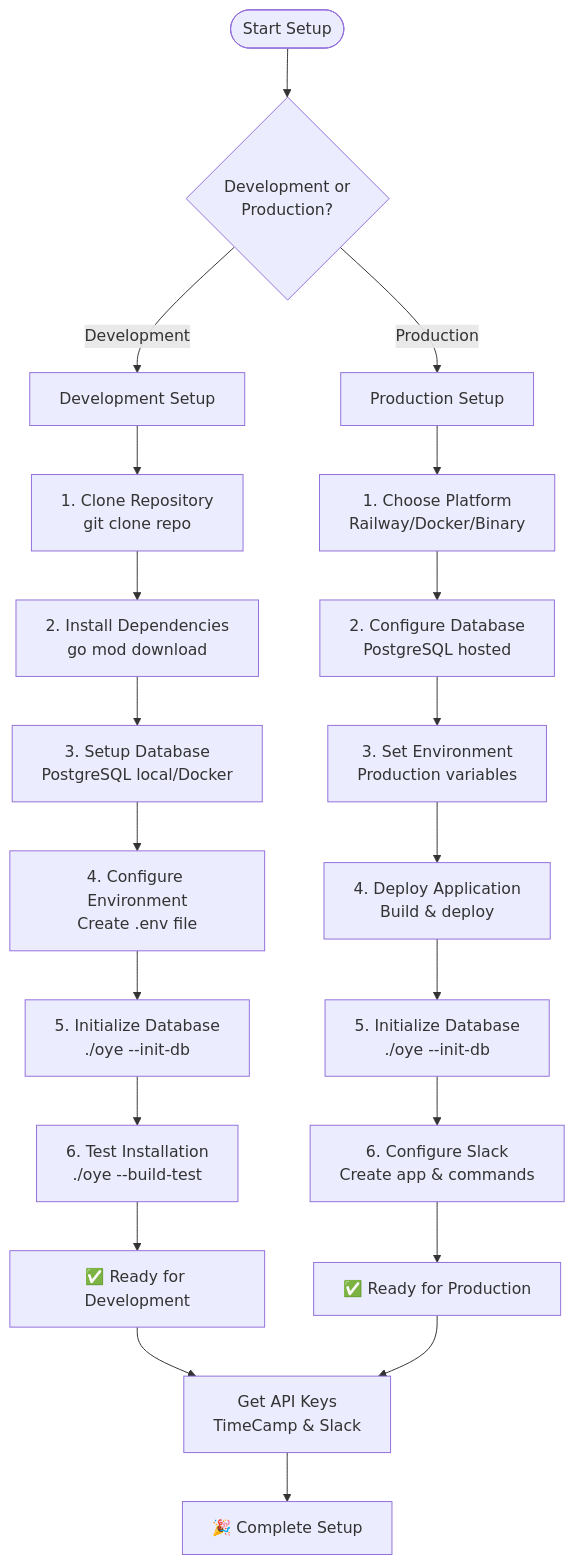
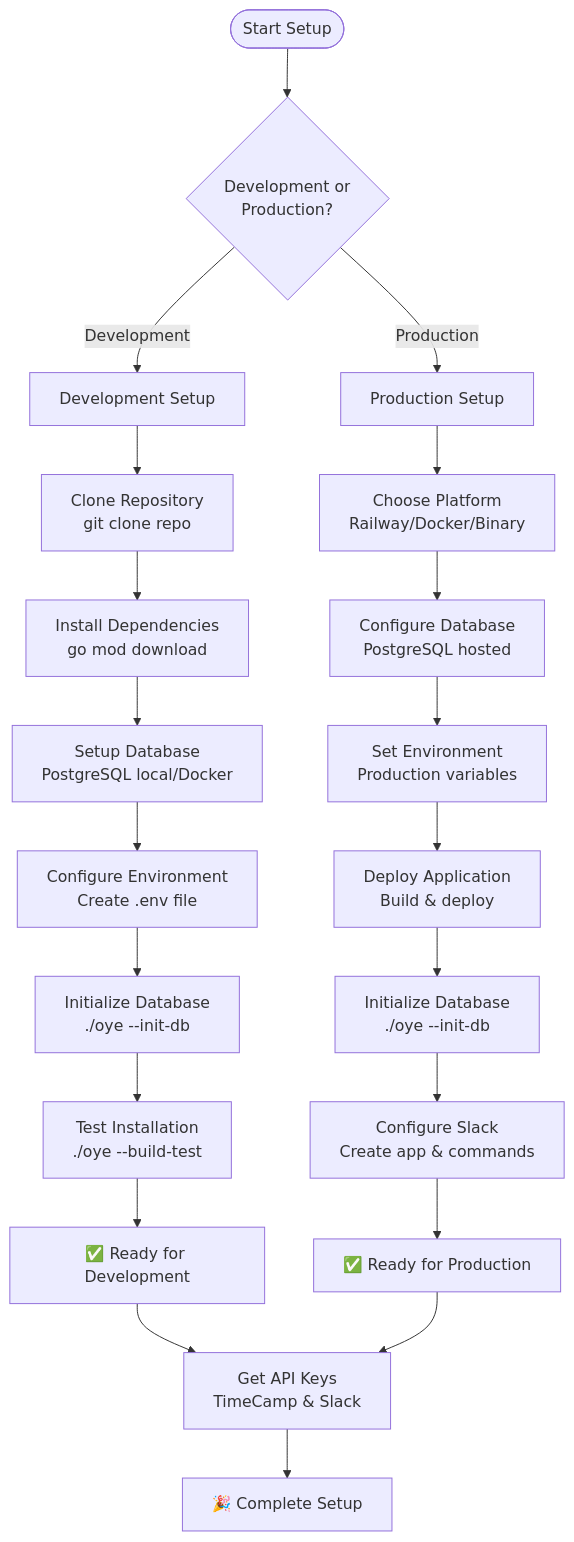
One commit to szymon-polaczy/Observe-Yor-Estimates changed the diagram in docs/QUICK_START.md. Above: the diagram before and after it, drawn with Mermaid.

````diff
--- a/docs/QUICK_START.md
+++ b/docs/QUICK_START.md
@@ -7,27 +7,27 @@
 ```mermaid
 graph TD
     Start([Start Setup]) --> Choice{Development or<br/>Production?}
     
     Choice -->|Development| DevPath[Development Setup]
     Choice -->|Production| ProdPath[Production Setup]
     
-    DevPath --> D1[1. Clone Repository<br/>git clone repo]
-    D1 --> D2[2. Install Dependencies<br/>go mod download]
-    D2 --> D3[3. Setup Database<br/>PostgreSQL local/Docker]
-    D3 --> D4[4. Configure Environment<br/>Create .env file]
-    D4 --> D5[5. Initialize Database<br/>./oye --init-db]
-    D5 --> D6[6. Test Installation<br/>./oye --build-test]
+    DevPath --> D1[Clone Repository<br/>git clone repo]
+    D1 --> D2[Install Dependencies<br/>go mod download]
+    D2 --> D3[Setup Database<br/>PostgreSQL local/Docker]
+    D3 --> D4[Configure Environment<br/>Create .env file]
+    D4 --> D5[Initialize Database<br/>./oye --init-db]
+    D5 --> D6[Test Installation<br/>./oye --build-test]
     D6 --> DevReady[✅ Ready for Development]
     
-    ProdPath --> P1[1. Choose Platform<br/>Railway/Docker/Binary]
-    P1 --> P2[2. Configure Database<br/>PostgreSQL hosted]
-    P2 --> P3[3. Set Environment<br/>Production variables]
-    P3 --> P4[4. Deploy Application<br/>Build & deploy]
-    P4 --> P5[5. Initialize Database<br/>./oye --init-db]
-    P5 --> P6[6. Configure Slack<br/>Create app & commands]
+    ProdPath --> P1[Choose Platform<br/>Railway/Docker/Binary]
+    P1 --> P2[Configure Database<br/>PostgreSQL hosted]
+    P2 --> P3[Set Environment<br/>Production variables]
+    P3 --> P4[Deploy Application<br/>Build & deploy]
+    P4 --> P5[Initialize Database<br/>./oye --init-db]
+    P5 --> P6[Configure Slack<br/>Create app & commands]
     P6 --> ProdReady[✅ Ready for Production]
     
     DevReady --> API[Get API Keys<br/>TimeCamp & Slack]
     ProdReady --> API
     API --> Final[🎉 Complete Setup]
 ```
````
